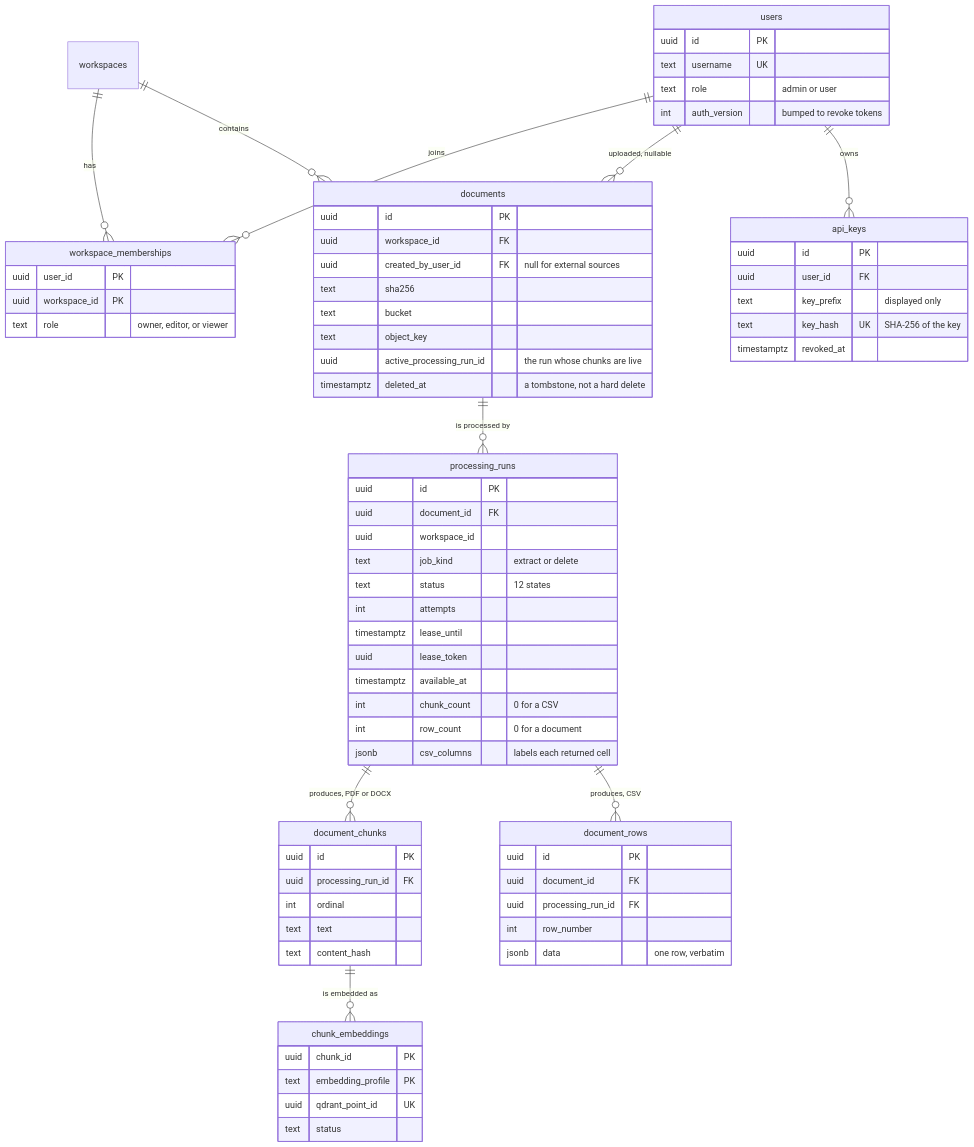
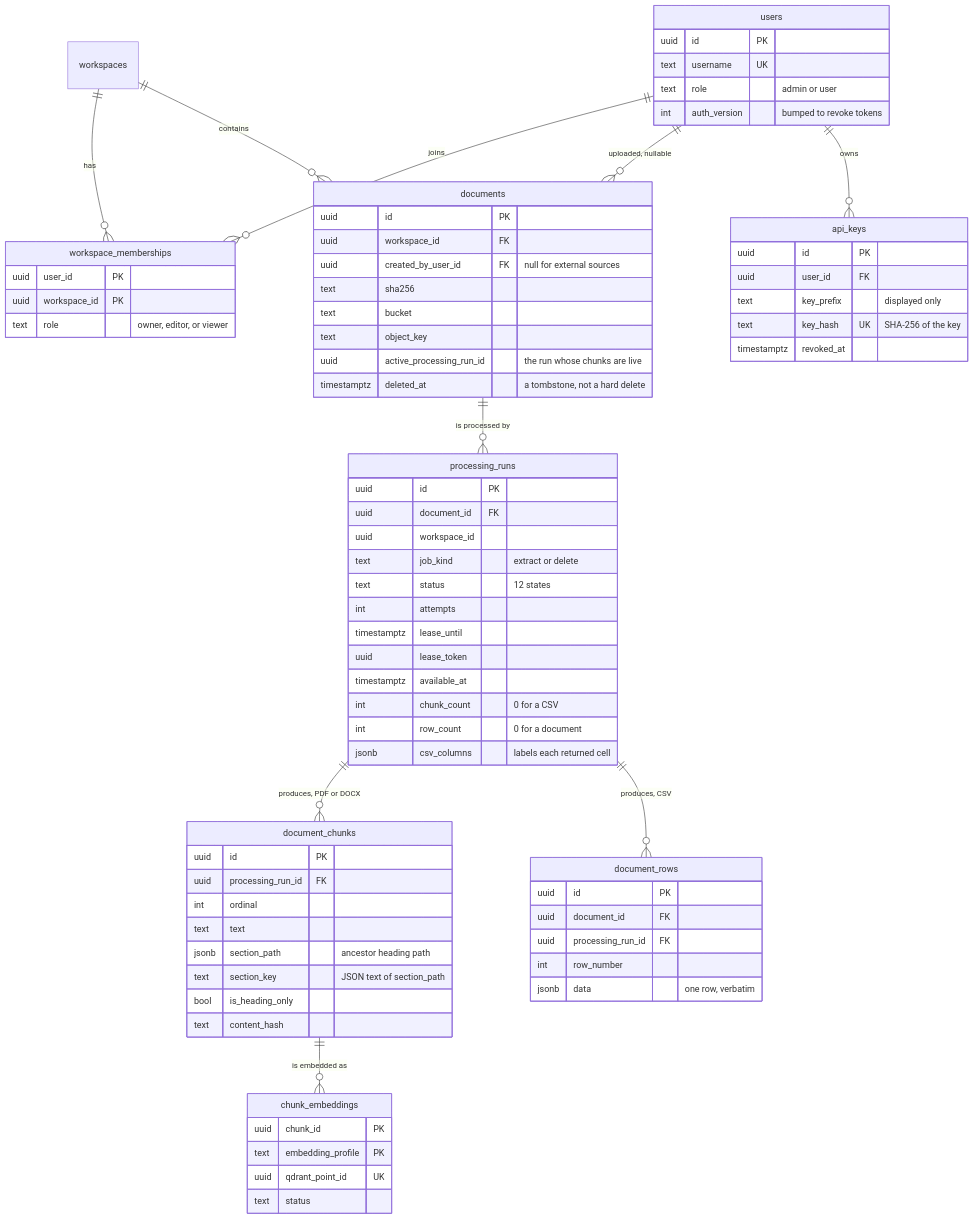
One commit to unedtamps/retriv changed the tenth of 10 diagrams in README.md. Above: the diagram before and after it, drawn with Mermaid. The commit also changed other lines of this file, not shown here.

````diff
--- a/README.md
+++ b/README.md
@@ -612,75 +689,78 @@
 ```mermaid
 erDiagram
     users ||--o{ workspace_memberships : "joins"
     workspaces ||--o{ workspace_memberships : "has"
     workspaces ||--o{ documents : "contains"
     users ||--o{ documents : "uploaded, nullable"
     users ||--o{ api_keys : "owns"
     documents ||--o{ processing_runs : "is processed by"
     processing_runs ||--o{ document_chunks : "produces, PDF or DOCX"
     processing_runs ||--o{ document_rows : "produces, CSV"
     document_chunks ||--o{ chunk_embeddings : "is embedded as"
 
     users {
         uuid id PK
         text username UK
         text role "admin or user"
         int auth_version "bumped to revoke tokens"
     }
     api_keys {
         uuid id PK
         uuid user_id FK
         text key_prefix "displayed only"
         text key_hash UK "SHA-256 of the key"
         timestamptz revoked_at
     }
     workspace_memberships {
         uuid user_id PK
         uuid workspace_id PK
         text role "owner, editor, or viewer"
     }
     documents {
         uuid id PK
         uuid workspace_id FK
         uuid created_by_user_id FK "null for external sources"
         text sha256
         text bucket
         text object_key
         uuid active_processing_run_id "the run whose chunks are live"
         timestamptz deleted_at "a tombstone, not a hard delete"
     }
     processing_runs {
         uuid id PK
         uuid document_id FK
         uuid workspace_id
         text job_kind "extract or delete"
         text status "12 states"
         int attempts
         timestamptz lease_until
         uuid lease_token
         timestamptz available_at
         int chunk_count "0 for a CSV"
         int row_count "0 for a document"
         jsonb csv_columns "labels each returned cell"
     }
     document_rows {
         uuid id PK
         uuid document_id FK
         uuid processing_run_id FK
         int row_number
         jsonb data "one row, verbatim"
     }
     document_chunks {
         uuid id PK
         uuid processing_run_id FK
         int ordinal
         text text
+        jsonb section_path "ancestor heading path"
+        text section_key "JSON text of section_path"
+        bool is_heading_only
         text content_hash
     }
     chunk_embeddings {
         uuid chunk_id PK
         text embedding_profile PK
         uuid qdrant_point_id UK
         text status
     }
 ```
````
